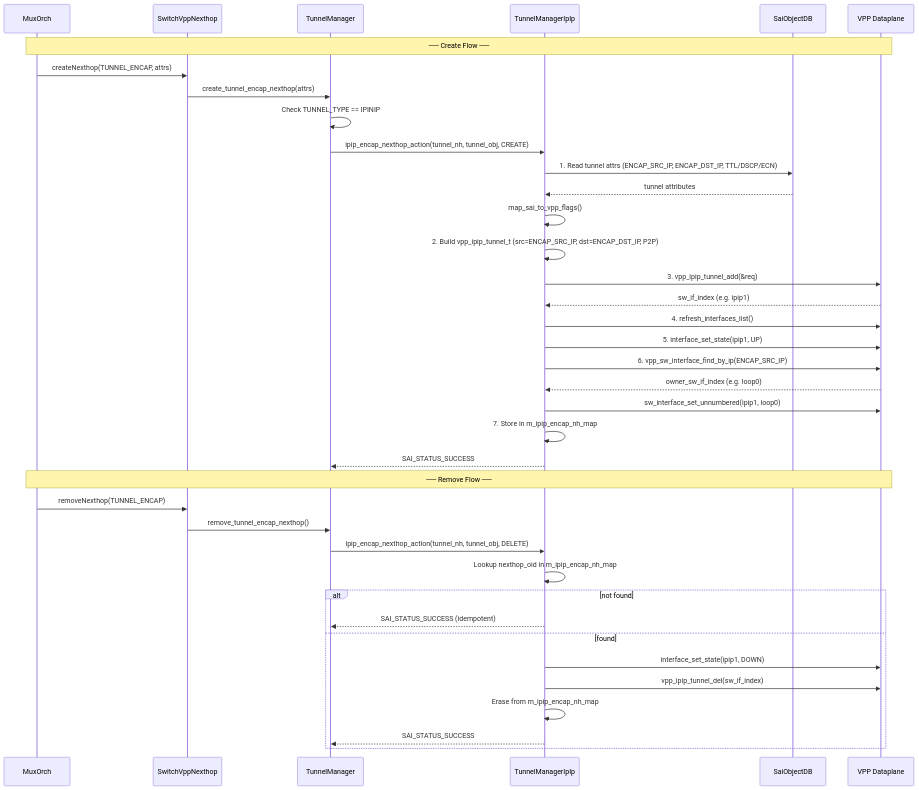
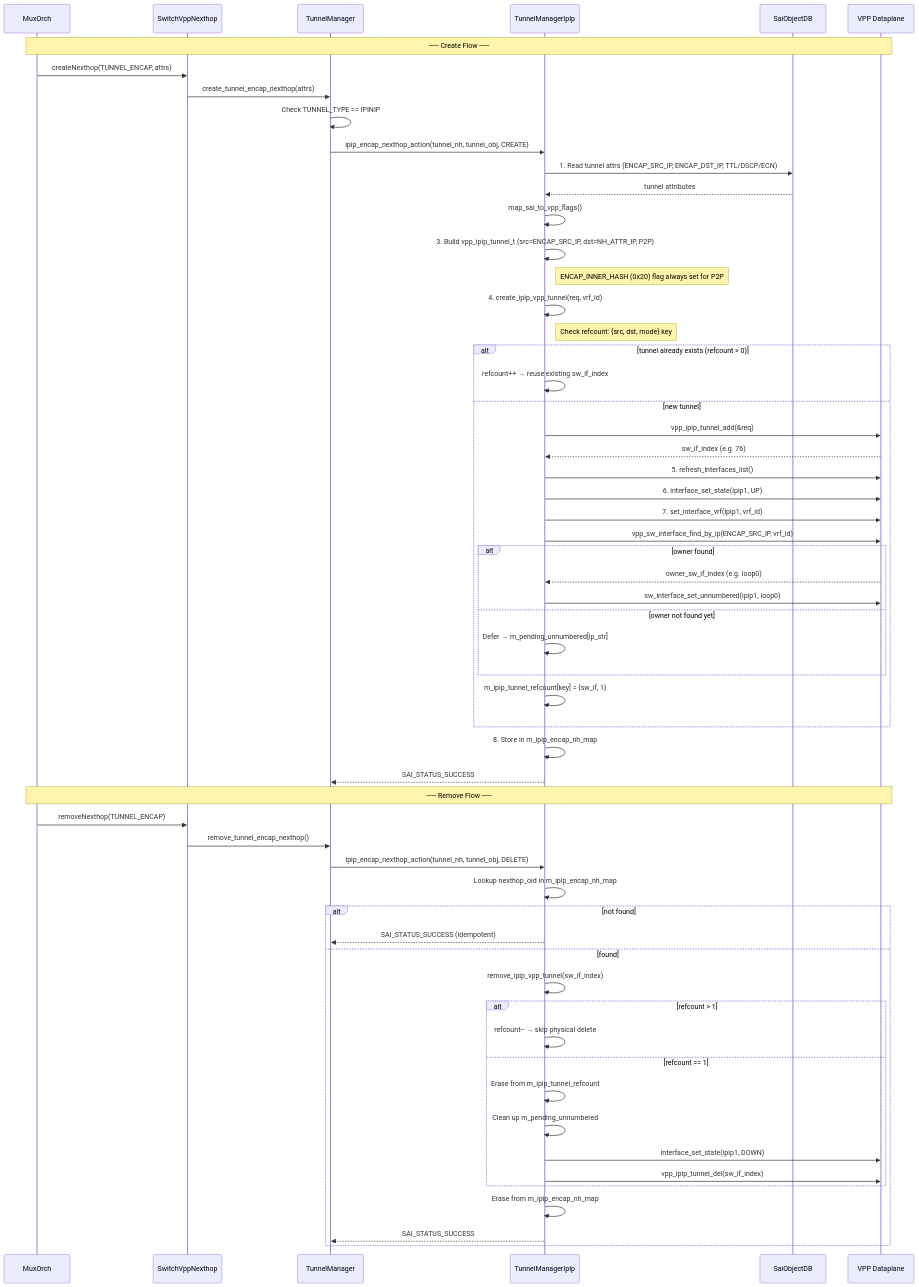
One commit to sonic-net/sonic-platform-vpp changed the second of 4 diagrams in docs/HLD/vpp-ipiptunnel.md. Above: the diagram before and after it, drawn with Mermaid. The commit also changed other lines of this file, not shown here.

````diff
--- a/docs/HLD/vpp-ipiptunnel.md
+++ b/docs/HLD/vpp-ipiptunnel.md
@@ -408,49 +436,67 @@
 ```mermaid
 sequenceDiagram
     participant Orch as MuxOrch
     participant NH as SwitchVppNexthop
     participant TM as TunnelManager
     participant IPIP as TunnelManagerIpIp
     participant DB as SaiObjectDB
     participant VPP as VPP Dataplane
 
     Note over Orch, VPP: ── Create Flow ──
 
     Orch->>NH: createNexthop(TUNNEL_ENCAP, attrs)
     NH->>TM: create_tunnel_encap_nexthop(attrs)
     TM->>TM: Check TUNNEL_TYPE == IPINIP
     TM->>IPIP: ipip_encap_nexthop_action(tunnel_nh, tunnel_obj, CREATE)
 
     IPIP->>DB: 1. Read tunnel attrs (ENCAP_SRC_IP, ENCAP_DST_IP, TTL/DSCP/ECN)
     DB-->>IPIP: tunnel attributes
     IPIP->>IPIP: map_sai_to_vpp_flags()
-    IPIP->>IPIP: 2. Build vpp_ipip_tunnel_t (src=ENCAP_SRC_IP, dst=ENCAP_DST_IP, P2P)
+    IPIP->>IPIP: 3. Build vpp_ipip_tunnel_t (src=ENCAP_SRC_IP, dst=NH_ATTR_IP, P2P)
+    Note right of IPIP: ENCAP_INNER_HASH (0x20) flag always set for P2P
 
-    IPIP->>VPP: 3. vpp_ipip_tunnel_add(&req)
-    VPP-->>IPIP: sw_if_index (e.g. ipip1)
+    IPIP->>IPIP: 4. create_ipip_vpp_tunnel(req, vrf_id)
+    Note right of IPIP: Check refcount: {src, dst, mode} key
+    alt tunnel already exists (refcount > 0)
+        IPIP->>IPIP: refcount++ → reuse existing sw_if_index
+    else new tunnel
+        IPIP->>VPP: vpp_ipip_tunnel_add(&req)
+        VPP-->>IPIP: sw_if_index (e.g. 76)
+        IPIP->>VPP: 5. refresh_interfaces_list()
+        IPIP->>VPP: 6. interface_set_state(ipip1, UP)
+        IPIP->>VPP: 7. set_interface_vrf(ipip1, vrf_id)
+        IPIP->>VPP: vpp_sw_interface_find_by_ip(ENCAP_SRC_IP, vrf_id)
+        alt owner found
+            VPP-->>IPIP: owner_sw_if_index (e.g. loop0)
+            IPIP->>VPP: sw_interface_set_unnumbered(ipip1, loop0)
+        else owner not found yet
+            IPIP->>IPIP: Defer → m_pending_unnumbered[ip_str]
+        end
+        IPIP->>IPIP: m_ipip_tunnel_refcount[key] = {sw_if, 1}
+    end
 
-    IPIP->>VPP: 4. refresh_interfaces_list()
-    IPIP->>VPP: 5. interface_set_state(ipip1, UP)
-
-    IPIP->>VPP: 6. vpp_sw_interface_find_by_ip(ENCAP_SRC_IP)
-    VPP-->>IPIP: owner_sw_if_index (e.g. loop0)
-    IPIP->>VPP: sw_interface_set_unnumbered(ipip1, loop0)
-
-    IPIP->>IPIP: 7. Store in m_ipip_encap_nh_map
+    IPIP->>IPIP: 8. Store in m_ipip_encap_nh_map
     IPIP-->>TM: SAI_STATUS_SUCCESS
 
     Note over Orch, VPP: ── Remove Flow ──
 
     Orch->>NH: removeNexthop(TUNNEL_ENCAP)
     NH->>TM: remove_tunnel_encap_nexthop()
     TM->>IPIP: ipip_encap_nexthop_action(tunnel_nh, tunnel_obj, DELETE)
     IPIP->>IPIP: Lookup nexthop_oid in m_ipip_encap_nh_map
     alt not found
         IPIP-->>TM: SAI_STATUS_SUCCESS (idempotent)
     else found
-        IPIP->>VPP: interface_set_state(ipip1, DOWN)
-        IPIP->>VPP: vpp_ipip_tunnel_del(sw_if_index)
+        IPIP->>IPIP: remove_ipip_vpp_tunnel(sw_if_index)
+        alt refcount > 1
+            IPIP->>IPIP: refcount-- → skip physical delete
+        else refcount == 1
+            IPIP->>IPIP: Erase from m_ipip_tunnel_refcount
+            IPIP->>IPIP: Clean up m_pending_unnumbered
+            IPIP->>VPP: interface_set_state(ipip1, DOWN)
+            IPIP->>VPP: vpp_ipip_tunnel_del(sw_if_index)
+        end
         IPIP->>IPIP: Erase from m_ipip_encap_nh_map
         IPIP-->>TM: SAI_STATUS_SUCCESS
     end
 ```
````
